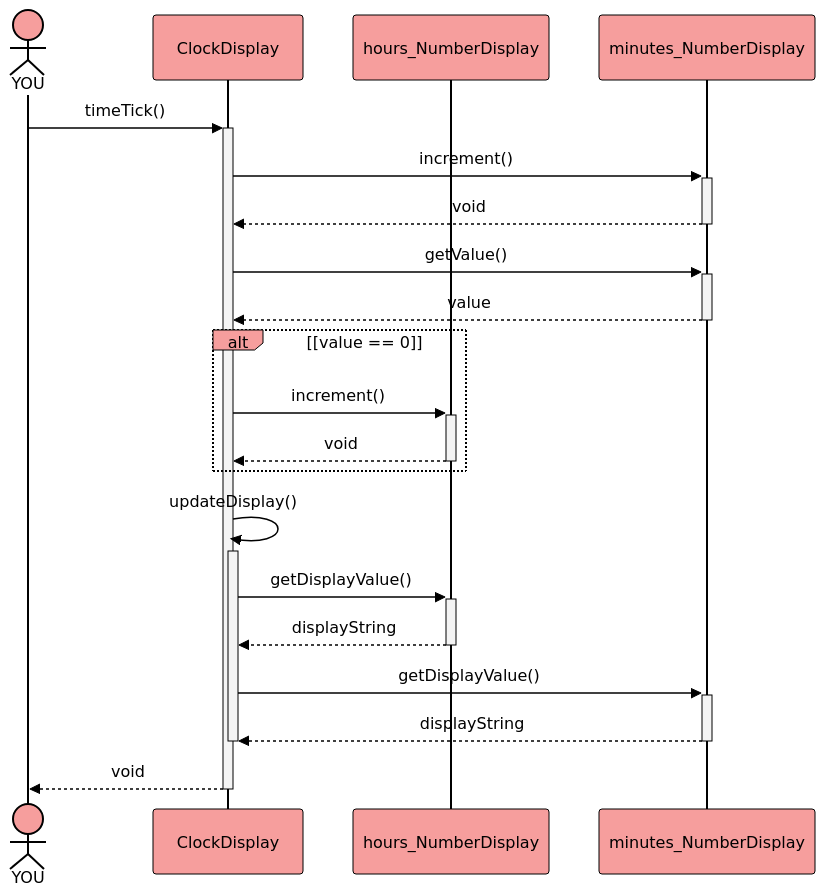
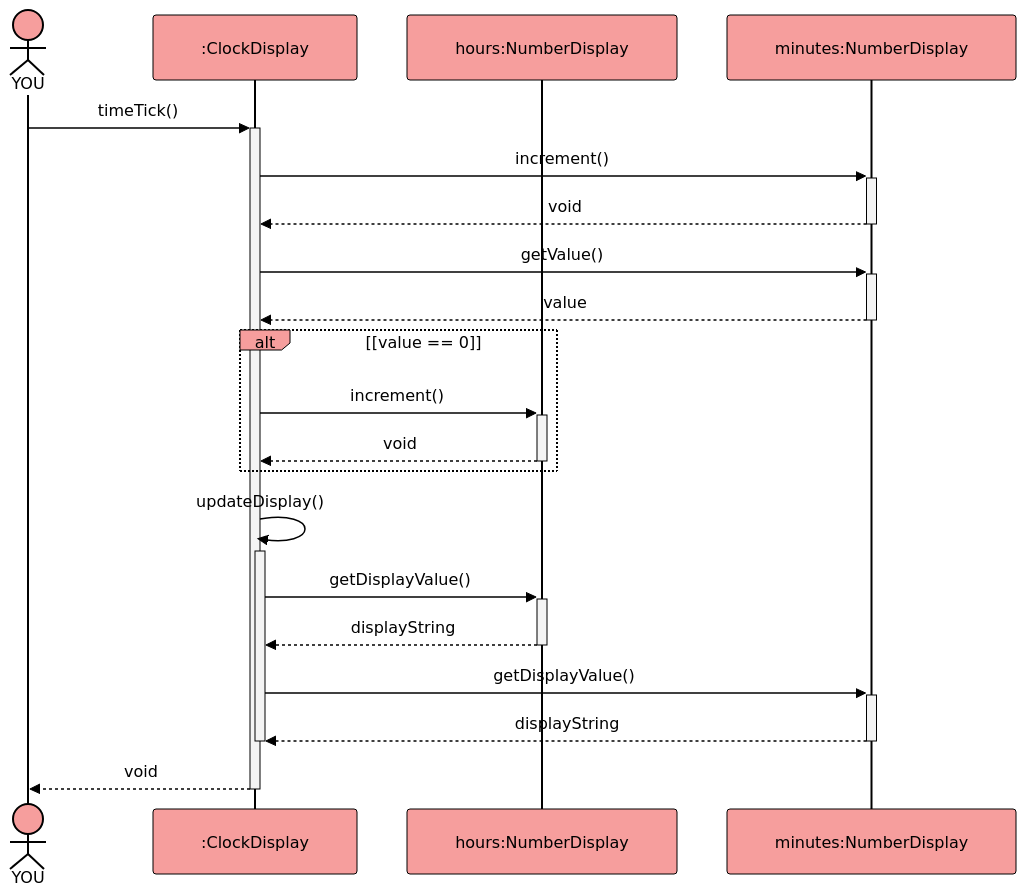
Before and after one commit to bkleinen/bkleinen.github.io: the fourth of 5 diagrams in hugo/content/material/info1/clock_display_refactoring/original_clock_display.md, drawn with Mermaid. The commit also changed other lines of this file, not shown here.

Commit message:
add colons to sequence diagrams

````diff
--- a/hugo/content/material/info1/clock_display_refactoring/original_clock_display.md
+++ b/hugo/content/material/info1/clock_display_refactoring/original_clock_display.md
@@ -127,44 +127,45 @@
 ```mermaid
 %%{
   init: {
     'theme': 'base',
     'themeVariables': {
       'primaryColor': '#f69e9d', 
       'primaryTextColor': '#000',
       'primaryBorderColor': '#000',
       'lineColor': '#F8B229',
       'secondaryColor': '#f4f4f4',
       'activationBorderColor': '#000',
       'tertiaryColor': '#fff'
     }
   }
 }%%
 sequenceDiagram
     actor YOU
-    participant ClockDisplay
-    participant hours_NumberDisplay
-    participant minutes_NumberDisplay
 
-    YOU->>+ClockDisplay: timeTick()
-    ClockDisplay->>+minutes_NumberDisplay:increment()
-    minutes_NumberDisplay-->>-ClockDisplay:void
+    participant #colon;ClockDisplay
+    participant hours#colon;NumberDisplay
+    participant minutes#colon;NumberDisplay
 
-    ClockDisplay->>+minutes_NumberDisplay:getValue()
-    minutes_NumberDisplay-->>-ClockDisplay:value
+    YOU->>+#colon;ClockDisplay: timeTick()
+    #colon;ClockDisplay->>+minutes#colon;NumberDisplay:increment()
+    minutes#colon;NumberDisplay-->>-#colon;ClockDisplay:void
+
+    #colon;ClockDisplay->>+minutes#colon;NumberDisplay:getValue()
+    minutes#colon;NumberDisplay-->>-#colon;ClockDisplay:value
 
     alt [value == 0]
 
-    ClockDisplay->>+hours_NumberDisplay:increment()
-    hours_NumberDisplay-->>-ClockDisplay:void
+    #colon;ClockDisplay->>+hours#colon;NumberDisplay:increment()
+    hours#colon;NumberDisplay-->>-#colon;ClockDisplay:void
     end
   
 
-    ClockDisplay->>+ClockDisplay:updateDisplay()
-    ClockDisplay->>+hours_NumberDisplay:getDisplayValue()
-    hours_NumberDisplay-->>-ClockDisplay:displayString
-    ClockDisplay->>+minutes_NumberDisplay:getDisplayValue()
-    minutes_NumberDisplay-->>-ClockDisplay:displayString
-    deactivate ClockDisplay
+    #colon;ClockDisplay->>+#colon;ClockDisplay:updateDisplay()
+    #colon;ClockDisplay->>+hours#colon;NumberDisplay:getDisplayValue()
+    hours#colon;NumberDisplay-->>-#colon;ClockDisplay:displayString
+    #colon;ClockDisplay->>+minutes#colon;NumberDisplay:getDisplayValue()
+    minutes#colon;NumberDisplay-->>-#colon;ClockDisplay:displayString
+    deactivate #colon;ClockDisplay
 
-    ClockDisplay-->>-YOU:void
+    #colon;ClockDisplay-->>-YOU:void
 ```
````
